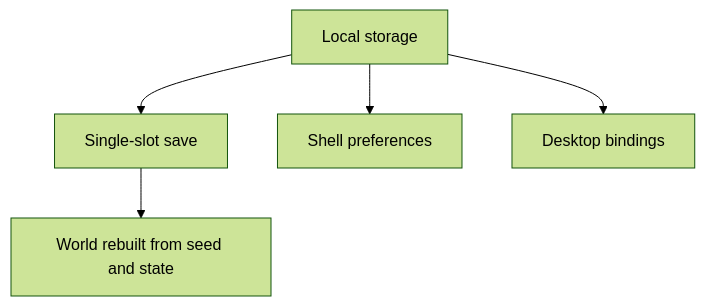
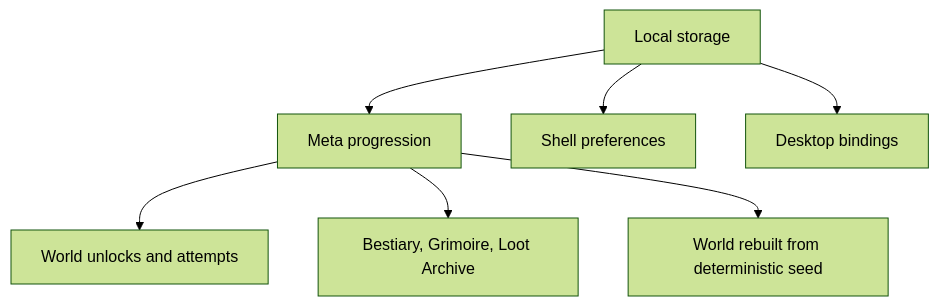
Before and after one commit to AlexAgo83/emberwake: the ninth of 11 diagrams in README.md, drawn with Mermaid (forest theme). The commit also changed other lines of this file and 8 other files, not shown here.

````diff
--- a/README.md
+++ b/README.md
@@ -246,8 +253,10 @@
 ```mermaid
 flowchart TD
     Local[Local storage]
-    Local --> Save[Single-slot save]
+    Local --> Meta[Meta progression]
     Local --> Prefs[Shell preferences]
     Local --> Bindings[Desktop bindings]
-    Save --> Rebuild[World rebuilt from seed and state]
+    Meta --> Worlds[World unlocks and attempts]
+    Meta --> Archives[Bestiary, Grimoire, Loot Archive]
+    Meta --> Rebuild[World rebuilt from deterministic seed]
 ```
````
